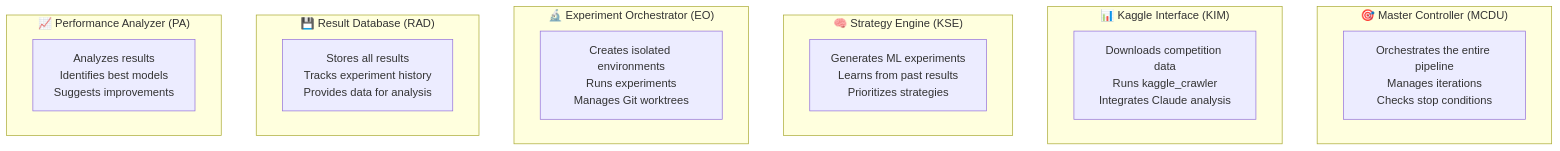
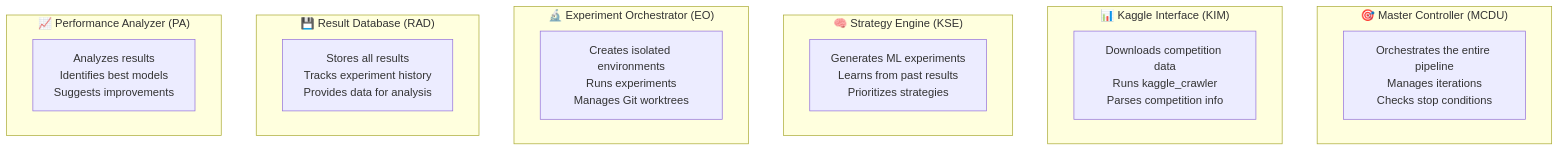
The second of 5 diagrams in docs/architecture/QUICK_FLOW_OVERVIEW.md (harutasti/kaggle_automation), drawn with Mermaid before and after one commit. The commit also changed other lines of this file and 27 other files, not shown here.

````diff
--- a/docs/architecture/QUICK_FLOW_OVERVIEW.md
+++ b/docs/architecture/QUICK_FLOW_OVERVIEW.md
@@ -32,26 +32,26 @@
 ```mermaid
 graph TB
     subgraph "🎯 Master Controller (MCDU)"
         MCDU[Orchestrates the entire pipeline<br/>Manages iterations<br/>Checks stop conditions]
     end
     
     subgraph "📊 Kaggle Interface (KIM)"
-        KIM[Downloads competition data<br/>Runs kaggle_crawler<br/>Integrates Claude analysis]
+        KIM[Downloads competition data<br/>Runs kaggle_crawler<br/>Parses competition info]
     end
     
     subgraph "🧠 Strategy Engine (KSE)"
         KSE[Generates ML experiments<br/>Learns from past results<br/>Prioritizes strategies]
     end
     
     subgraph "🔬 Experiment Orchestrator (EO)"
         EO[Creates isolated environments<br/>Runs experiments<br/>Manages Git worktrees]
     end
     
     subgraph "💾 Result Database (RAD)"
         RAD[Stores all results<br/>Tracks experiment history<br/>Provides data for analysis]
     end
     
     subgraph "📈 Performance Analyzer (PA)"
         PA[Analyzes results<br/>Identifies best models<br/>Suggests improvements]
     end
 ```
````
